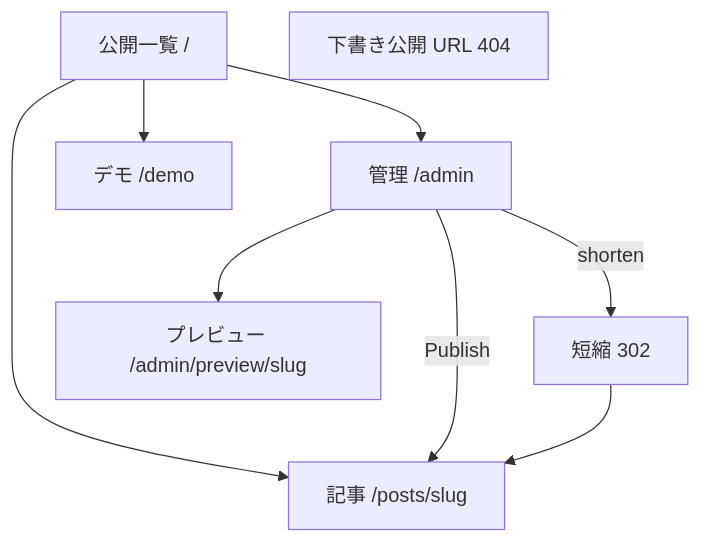
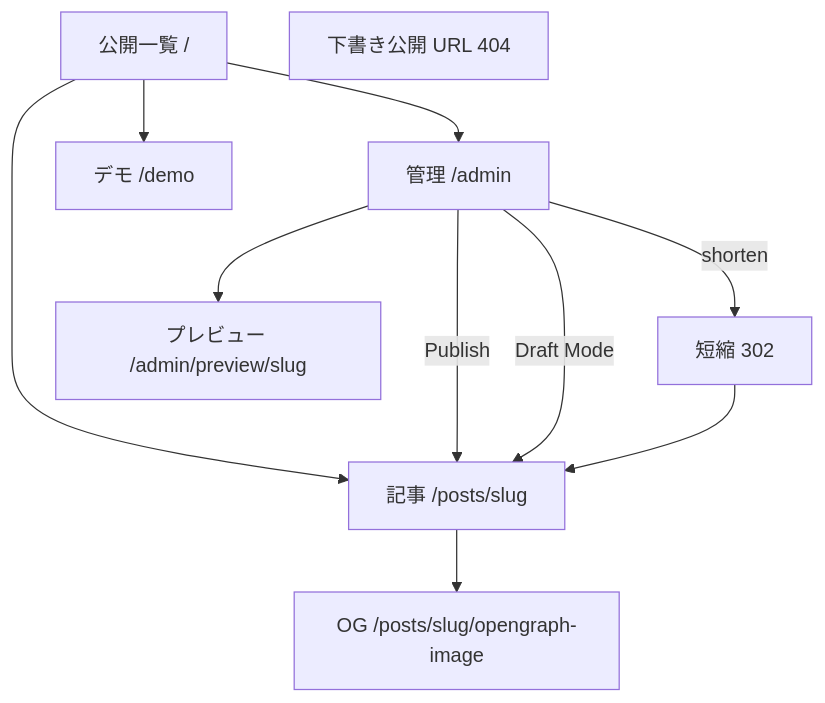
The second of 6 diagrams in portfolio-plan/content-platform/docs/06-diagrams.md (maeplego/portfolio-plan), drawn with Mermaid before and after one commit. The commit also changed other lines of this file and 111 other files, not shown here.

````diff
--- a/portfolio-plan/content-platform/docs/06-diagrams.md
+++ b/portfolio-plan/content-platform/docs/06-diagrams.md
@@ -37,16 +40,19 @@
 ```mermaid
 flowchart TB
   Home[公開一覧 /]
   Post[記事 /posts/slug]
+  OG[OG /posts/slug/opengraph-image]
   Demo[デモ /demo]
   Admin[管理 /admin]
   Preview[プレビュー /admin/preview/slug]
   Home --> Post
+  Post --> OG
   Home --> Demo
   Home --> Admin
   Admin --> Preview
   Admin -->|Publish| Post
+  Admin -->|Draft Mode| Post
   Admin -->|shorten| Short[短縮 302]
   Short --> Post
   Draft404[下書き公開 URL 404]
 ```
````
